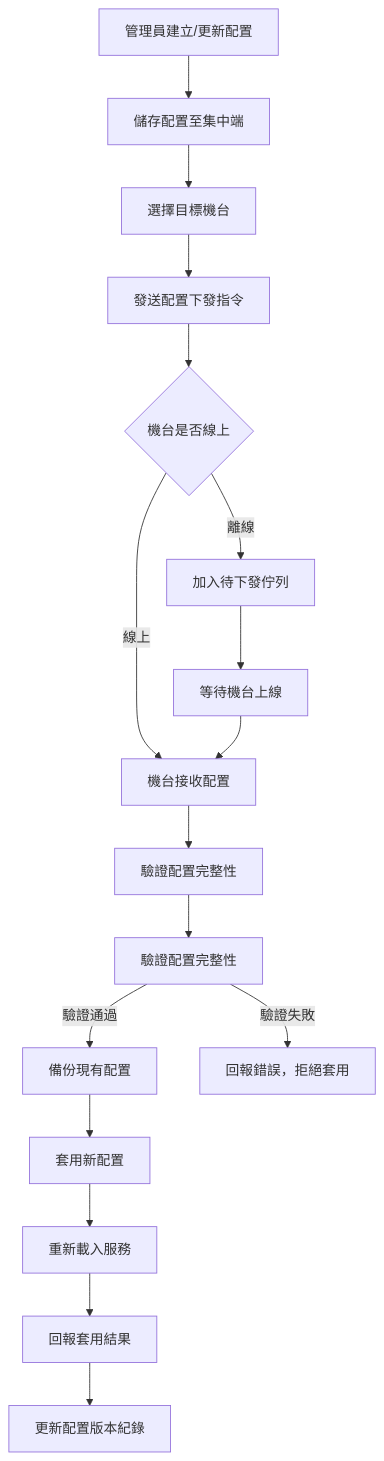
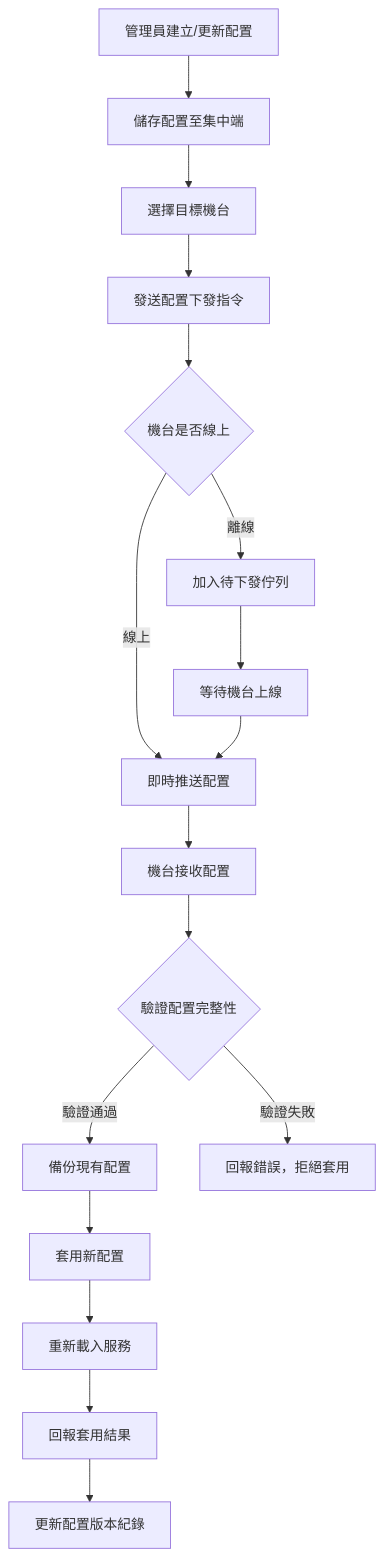
One commit to dimx9173/project_game changed the diagram in md/v8/feature_docs/local/[LM02]機台管理/[L07]機台配置接收.md. Above: the diagram before and after it, drawn with Mermaid. The commit also changed 1 other file, not shown here.

Commit message:
Fix mermaid flowchart syntax error in [L07]機台配置接收.md

````diff
--- a/md/v8/feature_docs/local/[LM02]機台管理/[L07]機台配置接收.md
+++ b/md/v8/feature_docs/local/[LM02]機台管理/[L07]機台配置接收.md
@@ -24,20 +24,19 @@
 ```mermaid
 flowchart TD
     A[管理員建立/更新配置] --> B[儲存配置至集中端]
     B --> C[選擇目標機台]
     C --> D[發送配置下發指令]
     D --> E{機台是否線上}
     E -->|線上| F[即時推送配置]
     E -->|離線| G[加入待下發佇列]
     G --> I[等待機台上線]
     I --> F
-    F[機台接收配置]
-    F --> H[驗證配置完整性]
-    H --> J[驗證配置完整性]
+    F --> F2[機台接收配置]
+    F2 --> J{驗證配置完整性}
     J -->|驗證通過| K[備份現有配置]
     J -->|驗證失敗| L[回報錯誤，拒絕套用]
     K --> M[套用新配置]
     M --> N[重新載入服務]
     N --> O[回報套用結果]
     O --> P[更新配置版本紀錄]
 ```
````
